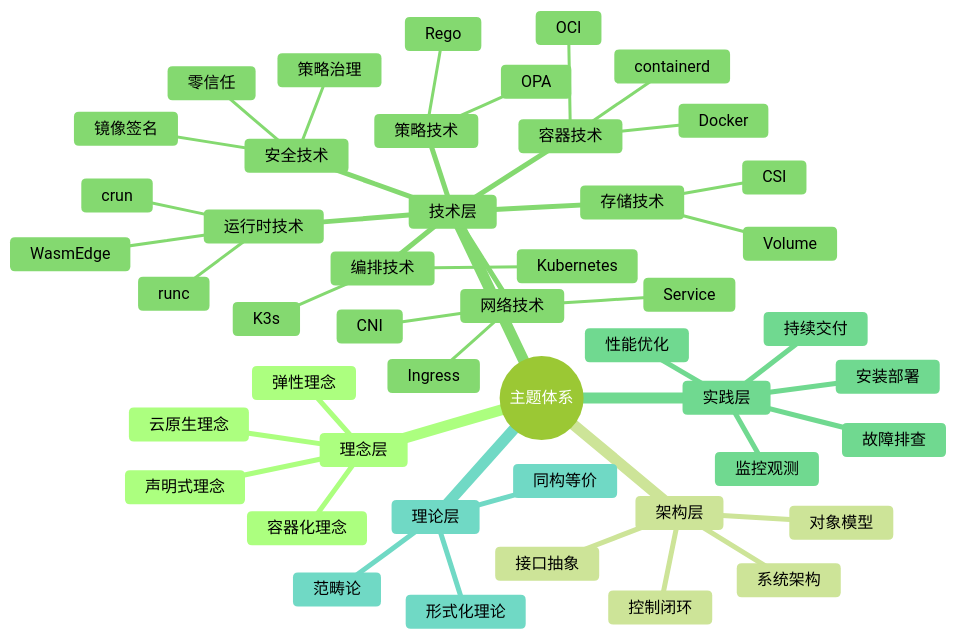
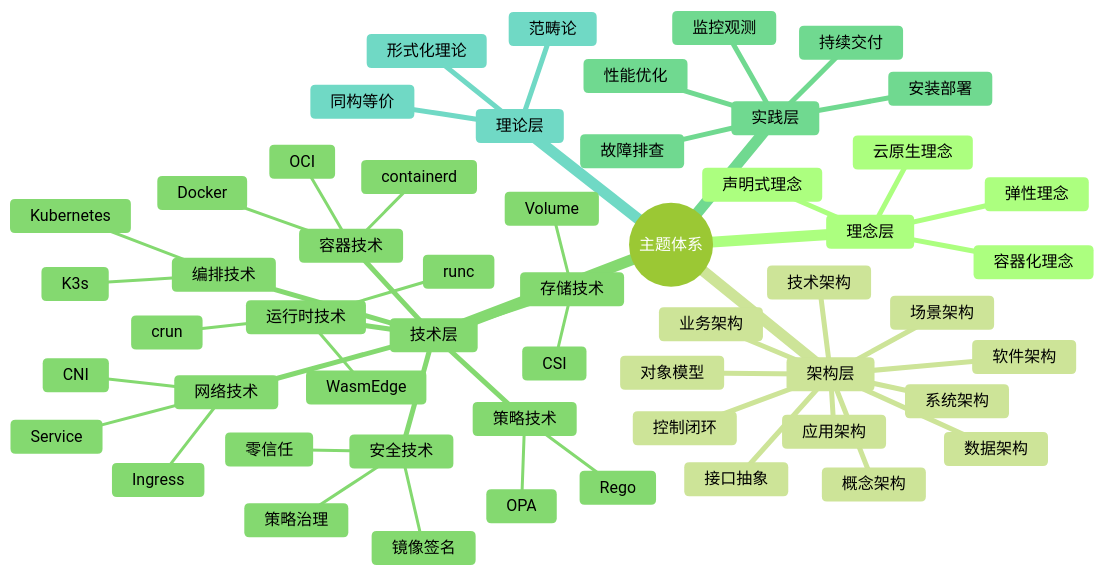
One commit to AdaMartin18010/wasmedge_k3s changed the diagram in docs/TECHNICAL/14-theme-inventory/theme-inventory.md. Above: the diagram before and after it, drawn with Mermaid (forest theme). The commit also changed other lines of this file and 34 other files, not shown here.

````diff
--- a/docs/TECHNICAL/14-theme-inventory/theme-inventory.md
+++ b/docs/TECHNICAL/14-theme-inventory/theme-inventory.md
@@ -57,50 +57,57 @@
 ```mermaid
 mindmap
   root((主题体系))
     理念层
       云原生理念
       容器化理念
       声明式理念
       弹性理念
     架构层
       系统架构
       对象模型
       控制闭环
       接口抽象
+      技术架构
+      概念架构
+      数据架构
+      业务架构
+      软件架构
+      应用架构
+      场景架构
     技术层
       容器技术
         Docker
         containerd
         OCI
       编排技术
         Kubernetes
         K3s
       运行时技术
         runc
         crun
         WasmEdge
       策略技术
         OPA
         Rego
       网络技术
         CNI
         Service
         Ingress
       存储技术
         CSI
         Volume
       安全技术
         镜像签名
         策略治理
         零信任
     实践层
       安装部署
       故障排查
       性能优化
       监控观测
       持续交付
     理论层
       形式化理论
       范畴论
       同构等价
 ```
````
